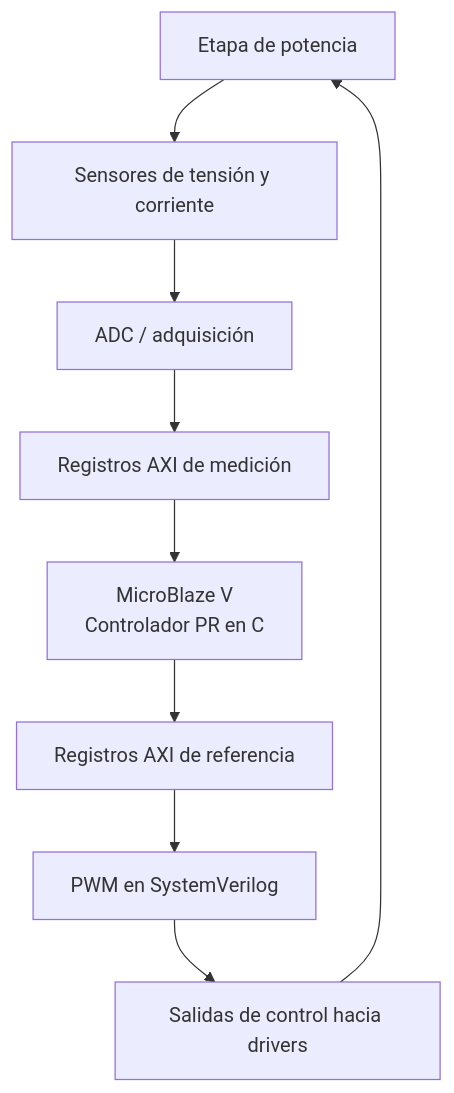
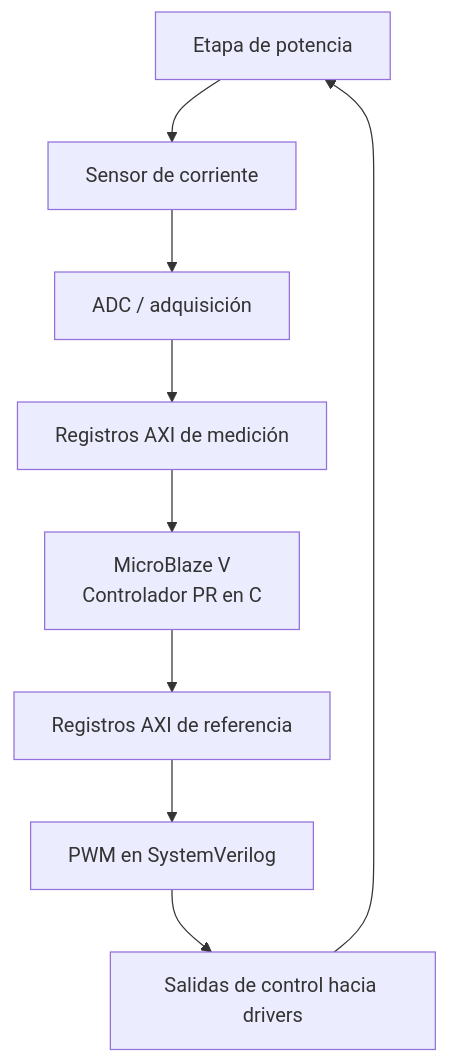
The first of 3 diagrams in docs/diseno/diseno.md (ee-herrerar/EL3313-Proyecto-4), drawn with Mermaid before and after one commit. The commit also changed other lines of this file and 2 other files, not shown here.

````diff
--- a/docs/diseno/diseno.md
+++ b/docs/diseno/diseno.md
@@ -7,11 +37,11 @@
 ```mermaid
 flowchart TD
-    A["Etapa de potencia"] --> B["Sensores de tensión y corriente"]
+    A["Etapa de potencia"] --> B["Sensor de corriente"]
     B --> C["ADC / adquisición"]
     C --> D["Registros AXI de medición"]
     D --> E["MicroBlaze V\nControlador PR en C"]
     E --> F["Registros AXI de referencia"]
     F --> G["PWM en SystemVerilog"]
     G --> H["Salidas de control hacia drivers"]
     H --> A
 ```
````
